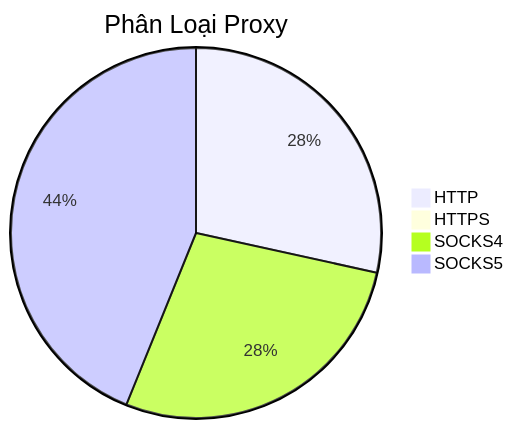
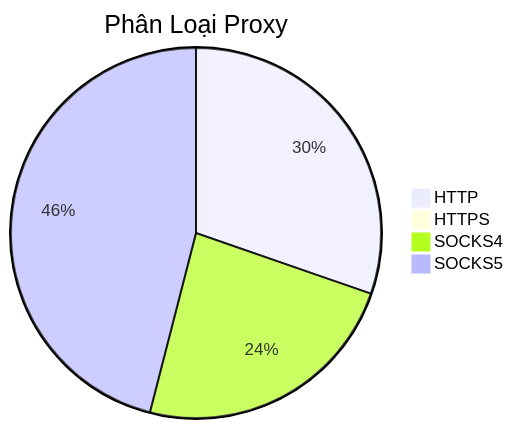
The diagram in README.md (Ciara-Aa/PROXY-free), drawn with Mermaid before and after one commit. The commit also changed other lines of this file and 3 other files, not shown here.

````diff
--- a/README.md
+++ b/README.md
@@ -26,7 +26,7 @@
 ```mermaid
 pie title Phân Loại Proxy
-    "HTTP" : 262
+    "HTTP" : 261
     "HTTPS" : 0
-    "SOCKS4" : 255
-    "SOCKS5" : 404
+    "SOCKS4" : 204
+    "SOCKS5" : 396
 ```
````
